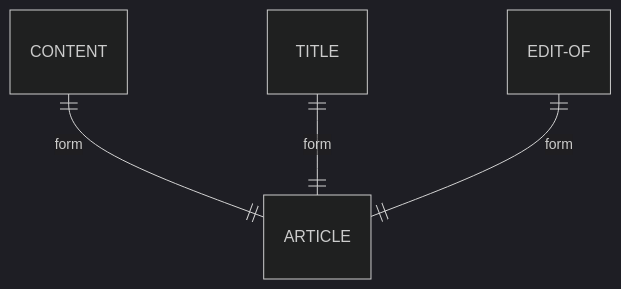
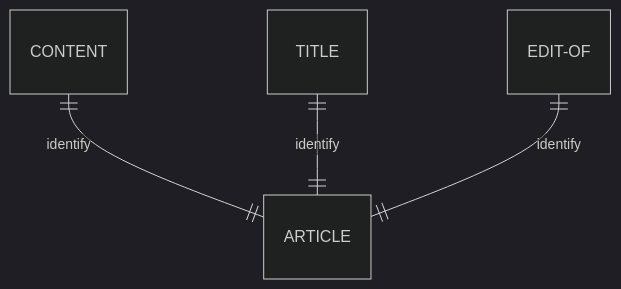
One commit to roughdrafts-xyz/Linki changed the sixth of 6 diagrams in README.md. Above: the diagram before and after it, drawn with Mermaid (dark theme). The commit also changed other lines of this file, not shown here.

````diff
--- a/README.md
+++ b/README.md
@@ -82,6 +92,6 @@
 ```mermaid
 erDiagram
-CONTENT||--||ARTICLE: form
-TITLE||--||ARTICLE: form
-EDIT-OF||--||ARTICLE: form
+CONTENT||--||ARTICLE: identify
+TITLE||--||ARTICLE: identify
+EDIT-OF||--||ARTICLE: identify
 ```
````
